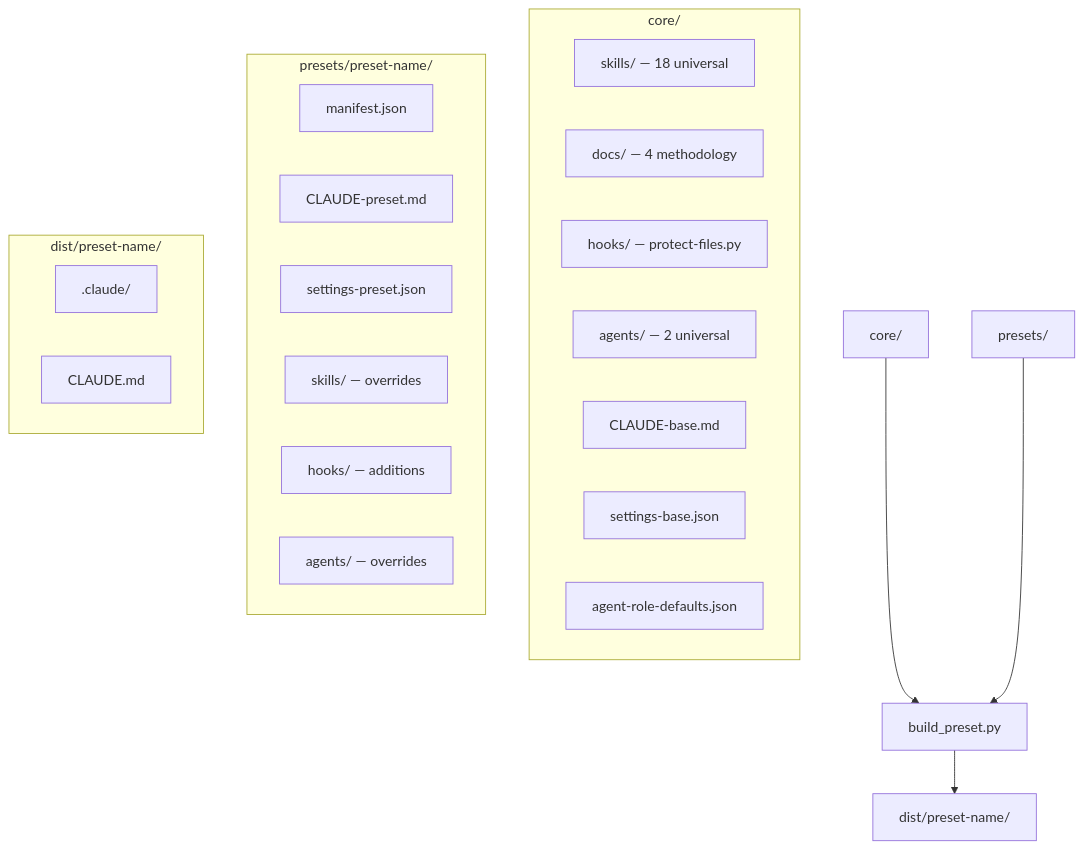
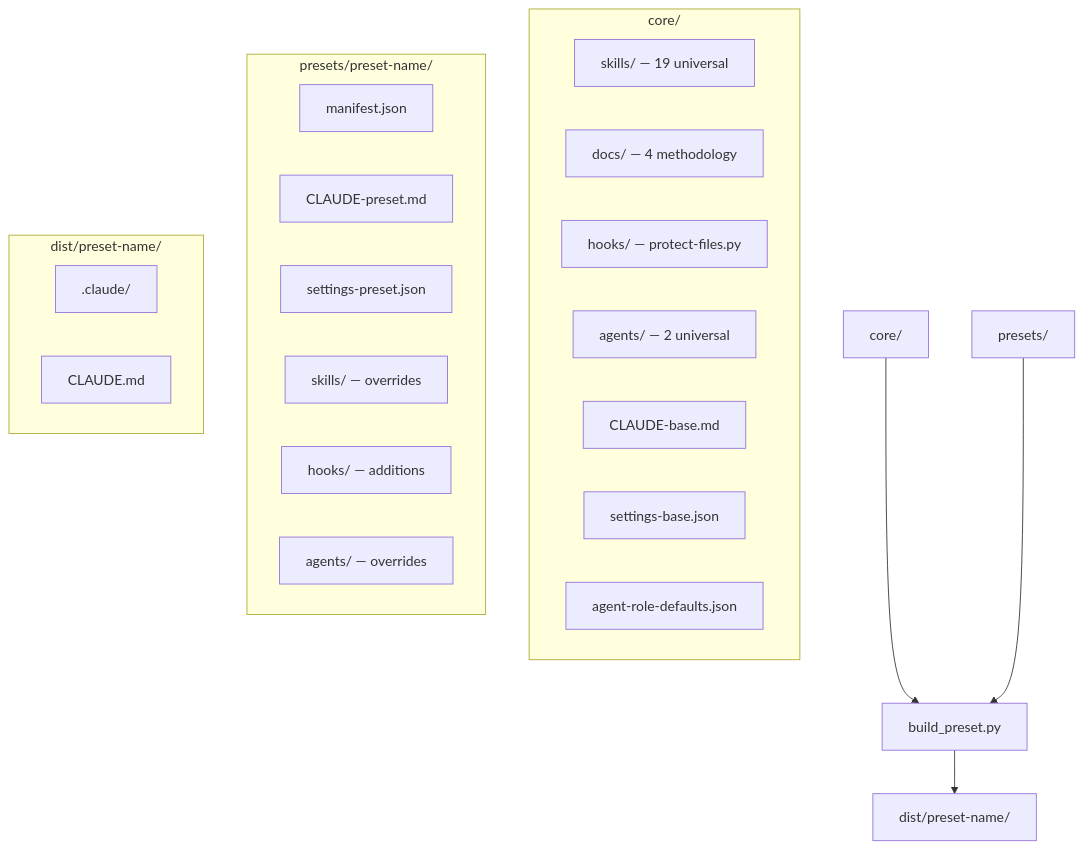
Before and after one commit to cdcoonce/claude-workflow: the second of 4 diagrams in README.md, drawn with Mermaid. The commit also changed other lines of this file and 1 other file, not shown here.

````diff
--- a/README.md
+++ b/README.md
@@ -60,30 +93,30 @@
 ```mermaid
 graph TD
     CORE[core/] --> BUILD[build_preset.py]
     PRESETS[presets/] --> BUILD
     BUILD --> DIST[dist/preset-name/]
 
     subgraph "core/"
-        SKILLS_CORE[skills/ — 18 universal]
+        SKILLS_CORE[skills/ — 19 universal]
         DOCS[docs/ — 4 methodology]
         HOOKS_CORE[hooks/ — protect-files.py]
         AGENTS_CORE[agents/ — 2 universal]
         BASE_MD[CLAUDE-base.md]
         BASE_JSON[settings-base.json]
         ROLE_DEFAULTS[agent-role-defaults.json]
     end
 
     subgraph "presets/preset-name/"
         MANIFEST[manifest.json]
         PRESET_MD[CLAUDE-preset.md]
         PRESET_JSON[settings-preset.json]
         SKILLS_PRESET[skills/ — overrides]
         HOOKS_PRESET[hooks/ — additions]
         AGENTS_PRESET[agents/ — overrides]
     end
 
     subgraph "dist/preset-name/"
         OUT_CLAUDE[.claude/]
         OUT_MD[CLAUDE.md]
     end
 ```
````
